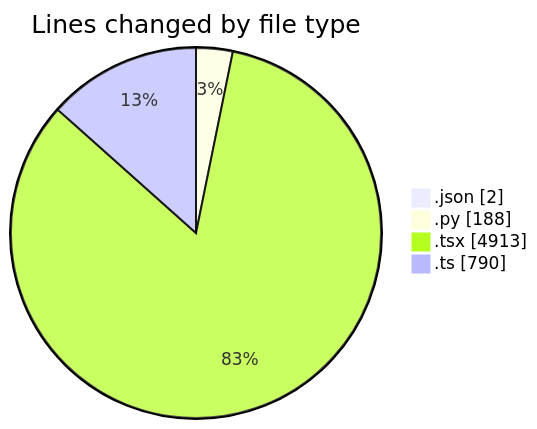
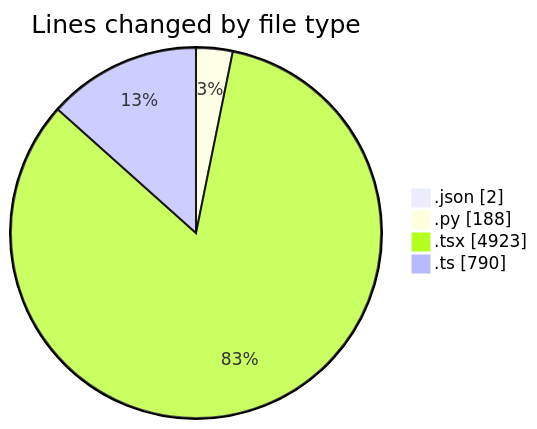
One commit to julien-gomy/code-tracking changed the first of 2 diagrams in 2025-10-06/eventscop-frontend-guide__workspace_/README.md. Above: the diagram before and after it, drawn with Mermaid. The commit also changed other lines of this file and 1 other file, not shown here.

````diff
--- a/2025-10-06/eventscop-frontend-guide__workspace_/README.md
+++ b/2025-10-06/eventscop-frontend-guide__workspace_/README.md
@@ -56,8 +56,8 @@
 ```mermaid
 pie showData
 title Lines changed by file type
 ".json" : 2
 ".py" : 188
-".tsx" : 4913
+".tsx" : 4923
 ".ts" : 790
 ```
````
